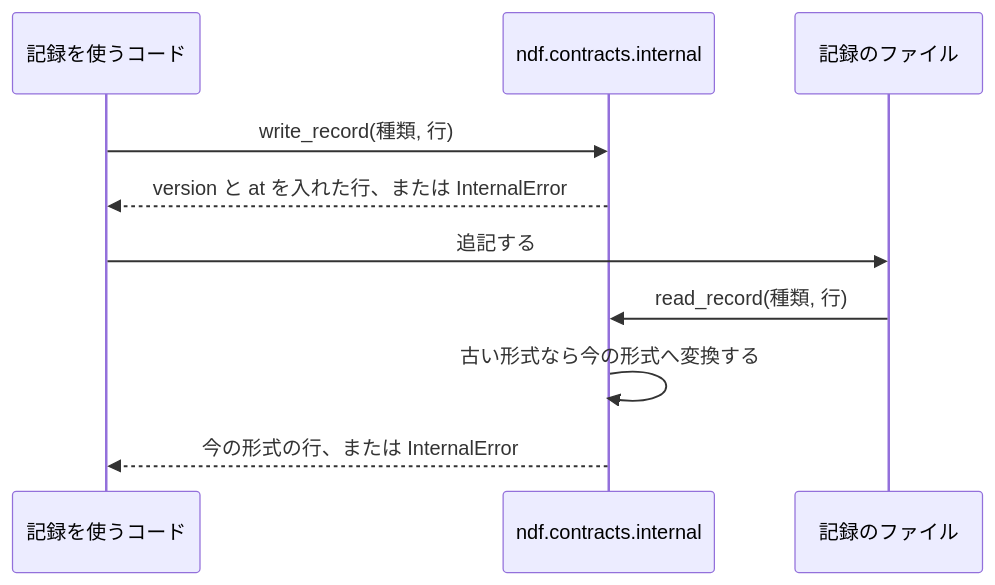
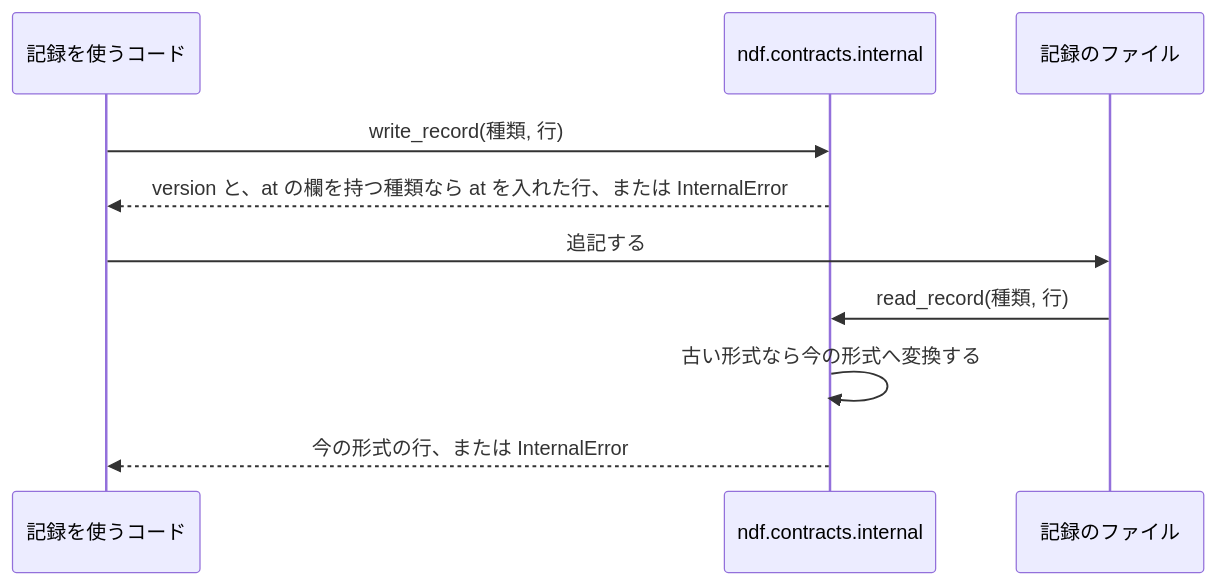
Before and after one commit to devbasex/ai-plugins: the diagram in docs/specifications/ndf-internal-data-versions.md, drawn with Mermaid. The commit also changed other lines of this file and 9 other files, not shown here.

````diff
--- a/docs/specifications/ndf-internal-data-versions.md
+++ b/docs/specifications/ndf-internal-data-versions.md
@@ -45,12 +45,12 @@
 ```mermaid
 sequenceDiagram
   participant W as 記録を使うコード
   participant Core as ndf.contracts.internal
   participant File as 記録のファイル
   W->>Core: write_record(種類, 行)
-  Core-->>W: version と at を入れた行、または InternalError
+  Core-->>W: version と、at の欄を持つ種類なら at を入れた行、または InternalError
   W->>File: 追記する
   File->>Core: read_record(種類, 行)
   Core->>Core: 古い形式なら今の形式へ変換する
   Core-->>W: 今の形式の行、または InternalError
 ```
````
